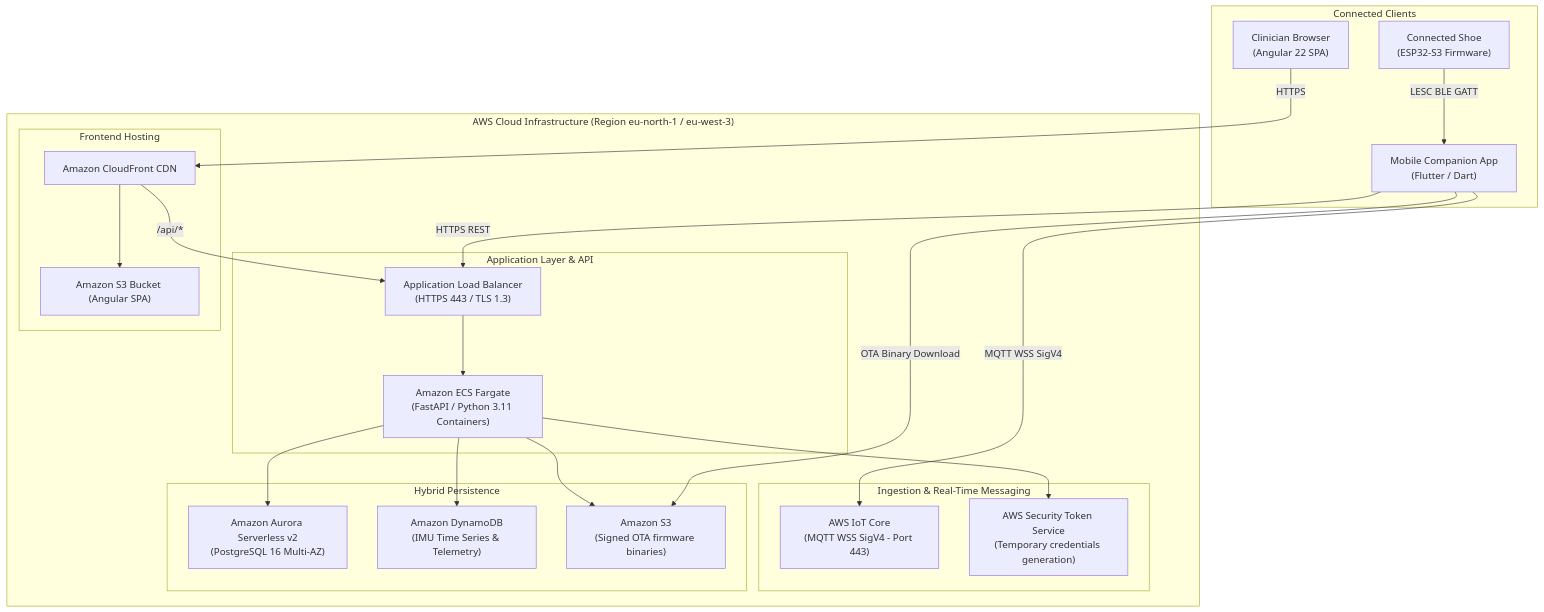
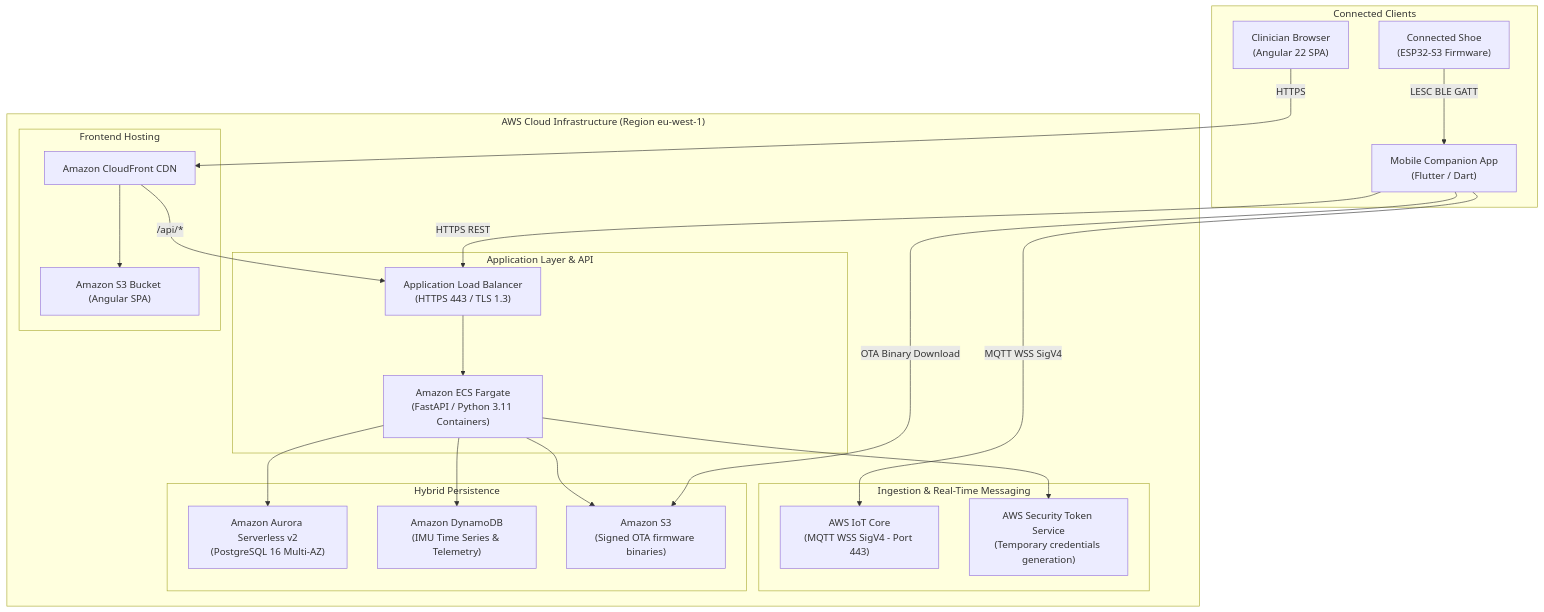
One commit to daverck/health-kicks-ecosystem changed the diagram in docs/deployment/aws_architecture.md. Above: the diagram before and after it, drawn with Mermaid. The commit also changed 4 other files, not shown here.

````diff
--- a/docs/deployment/aws_architecture.md
+++ b/docs/deployment/aws_architecture.md
@@ -9,44 +9,44 @@
 ```mermaid
 flowchart TD
     subgraph Clients["Connected Clients"]
         Shoe["Connected Shoe<br/>(ESP32-S3 Firmware)"]
         Mobile["Mobile Companion App<br/>(Flutter / Dart)"]
         Web["Clinician Browser<br/>(Angular 22 SPA)"]
     end
 
-    subgraph AWSCloud["AWS Cloud Infrastructure (Region eu-north-1 / eu-west-3)"]
+    subgraph AWSCloud["AWS Cloud Infrastructure (Region eu-west-1)"]
         subgraph Ingestion["Ingestion & Real-Time Messaging"]
             IoTCore["AWS IoT Core<br/>(MQTT WSS SigV4 - Port 443)"]
             STS["AWS Security Token Service<br/>(Temporary credentials generation)"]
         end
 
         subgraph Compute["Application Layer & API"]
             ALB["Application Load Balancer<br/>(HTTPS 443 / TLS 1.3)"]
             ECS["Amazon ECS Fargate<br/>(FastAPI / Python 3.11 Containers)"]
         end
 
         subgraph Storage["Hybrid Persistence"]
             Aurora["Amazon Aurora Serverless v2<br/>(PostgreSQL 16 Multi-AZ)"]
             Dynamo["Amazon DynamoDB<br/>(IMU Time Series & Telemetry)"]
             S3_Firmware["Amazon S3<br/>(Signed OTA firmware binaries)"]
         end
 
         subgraph FrontendHosting["Frontend Hosting"]
             CF["Amazon CloudFront CDN"]
             S3_Web["Amazon S3 Bucket (Angular SPA)"]
         end
     end
 
     Shoe -->|LESC BLE GATT| Mobile
     Mobile -->|MQTT WSS SigV4| IoTCore
     Mobile -->|HTTPS REST| ALB
     Web -->|HTTPS| CF
     CF --> S3_Web
     CF -->|/api/*| ALB
     ALB --> ECS
     ECS --> STS
     ECS --> Aurora
     ECS --> Dynamo
     ECS --> S3_Firmware
     Mobile -->|OTA Binary Download| S3_Firmware
 ```
````
